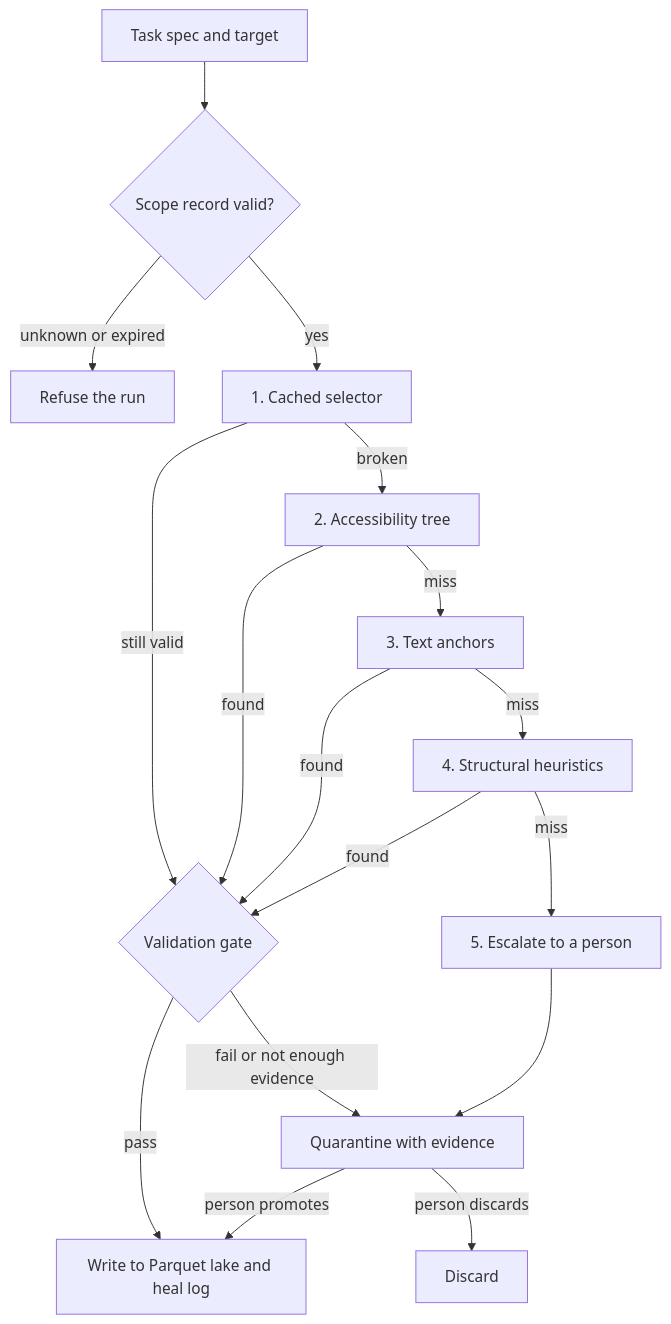
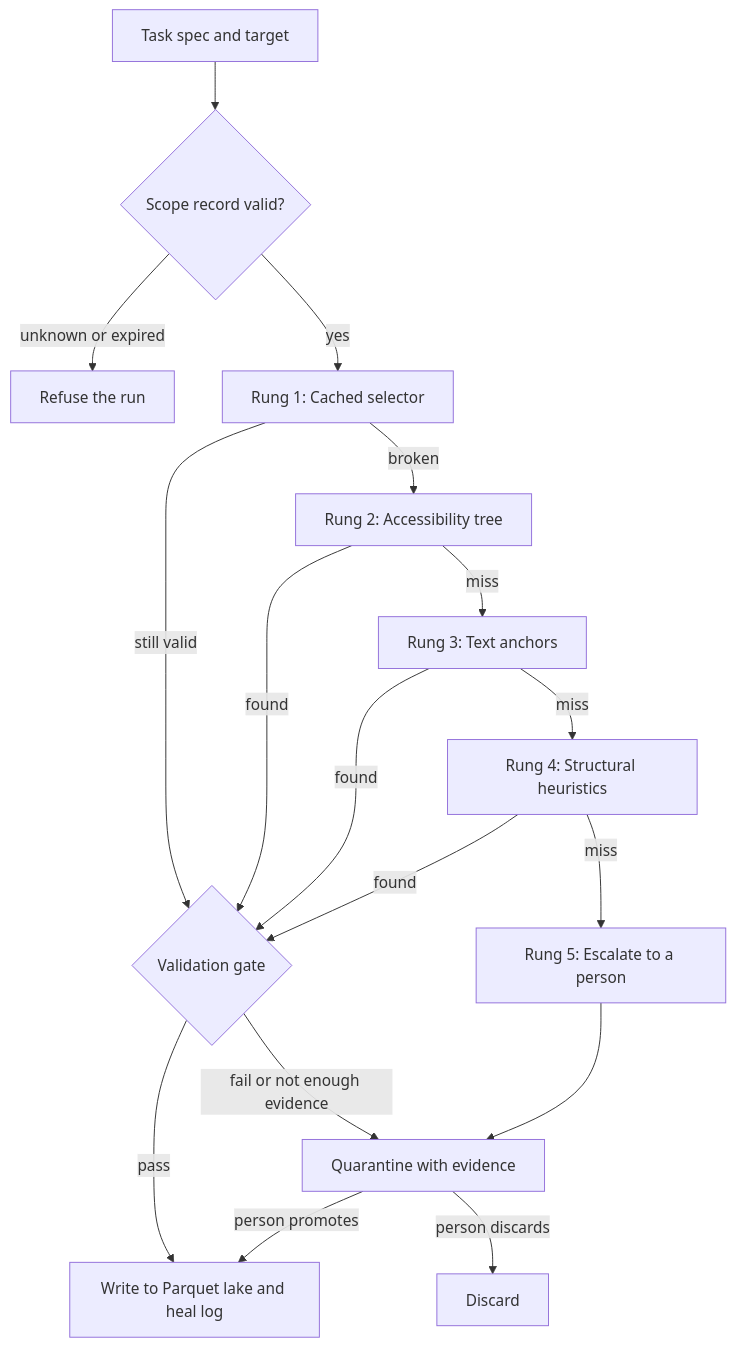
One commit to Berakhah/selector-drift changed the diagram in README.md. Above: the diagram before and after it, drawn with Mermaid.

Commit message:
docs: avoid list syntax in Mermaid node labels

````diff
--- a/README.md
+++ b/README.md
@@ -11,19 +11,19 @@
 ```mermaid
 flowchart TD
     A[Task spec and target] --> B{Scope record valid?}
     B -- "unknown or expired" --> X[Refuse the run]
-    B -- yes --> C[1. Cached selector]
+    B -- yes --> C[Rung 1: Cached selector]
     C -- "still valid" --> G
-    C -- broken --> D[2. Accessibility tree]
-    D -- miss --> E[3. Text anchors]
-    E -- miss --> F[4. Structural heuristics]
-    F -- miss --> R[5. Escalate to a person]
+    C -- broken --> D[Rung 2: Accessibility tree]
+    D -- miss --> E[Rung 3: Text anchors]
+    E -- miss --> F[Rung 4: Structural heuristics]
+    F -- miss --> R[Rung 5: Escalate to a person]
     D -- found --> G{Validation gate}
     E -- found --> G
     F -- found --> G
     G -- pass --> L[Write to Parquet lake and heal log]
     G -- "fail or not enough evidence" --> Q[Quarantine with evidence]
     R --> Q
     Q -- "person promotes" --> L
     Q -- "person discards" --> Z[Discard]
 ```
````
